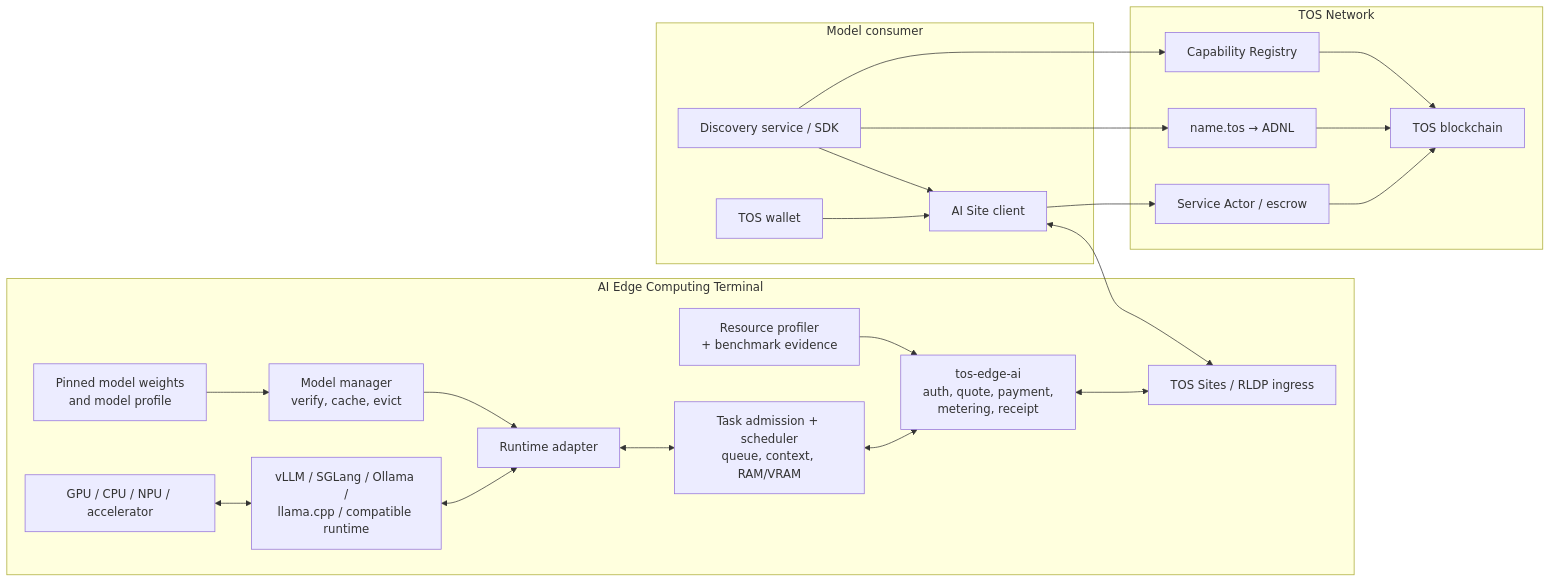
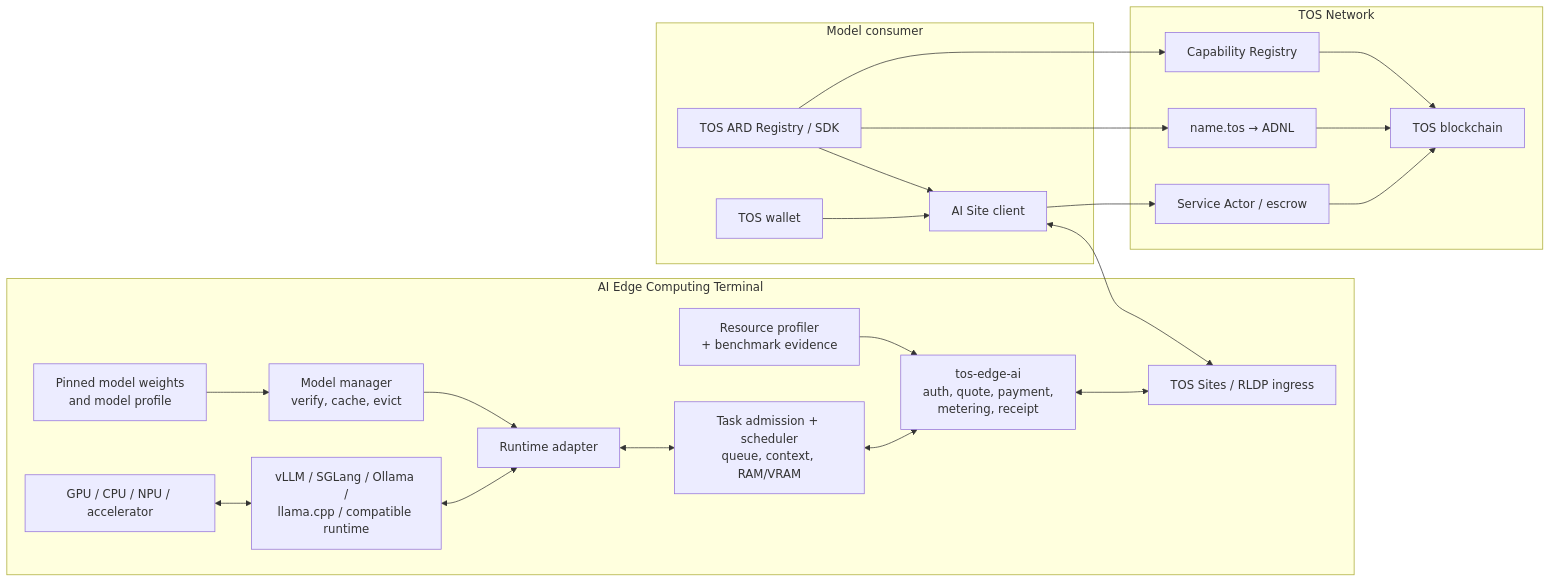
One commit to tosnetwork/tos changed the first of 2 diagrams in doc/local-open-weight-model-sharing-use-case.md. Above: the diagram before and after it, drawn with Mermaid. The commit also changed other lines of this file and 21 other files, not shown here.

````diff
--- a/doc/local-open-weight-model-sharing-use-case.md
+++ b/doc/local-open-weight-model-sharing-use-case.md
@@ -154,48 +156,48 @@
 ```mermaid
 flowchart LR
     subgraph Provider["AI Edge Computing Terminal"]
         Weights["Pinned model weights<br/>and model profile"]
         Profiler["Resource profiler<br/>+ benchmark evidence"]
         Manager["Model manager<br/>verify, cache, evict"]
         Runtime["vLLM / SGLang / Ollama /<br/>llama.cpp / compatible runtime"]
         Adapter["Runtime adapter"]
         Scheduler["Task admission + scheduler<br/>queue, context, RAM/VRAM"]
         Edge["tos-edge-ai<br/>auth, quote, payment,<br/>metering, receipt"]
         Ingress["TOS Sites / RLDP ingress"]
         Hardware["GPU / CPU / NPU / accelerator"]
 
         Profiler --> Edge
         Weights --> Manager
         Manager --> Adapter
         Hardware <--> Runtime
         Runtime <--> Adapter
         Adapter <--> Scheduler
         Scheduler <--> Edge
         Edge <--> Ingress
     end
 
     subgraph TOS["TOS Network"]
         DNS["name.tos → ADNL"]
         Registry["Capability Registry"]
         Payment["Service Actor / escrow"]
         Chain["TOS blockchain"]
 
         DNS --> Chain
         Registry --> Chain
         Payment --> Chain
     end
 
     subgraph Consumer["Model consumer"]
-        Discovery["Discovery service / SDK"]
+        Discovery["TOS ARD Registry / SDK"]
         Client["AI Site client"]
         Wallet["TOS wallet"]
 
         Discovery --> Client
         Wallet --> Client
     end
 
     Discovery --> DNS
     Discovery --> Registry
     Client <--> Ingress
     Client --> Payment
 ```
````
